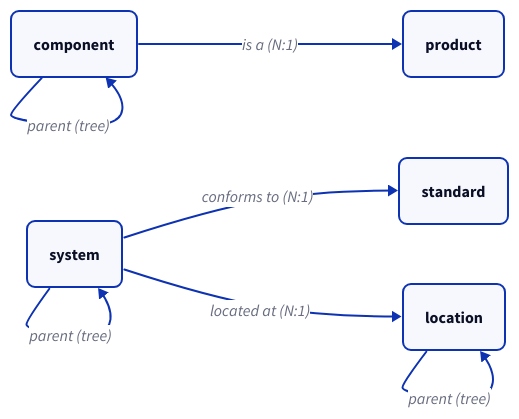
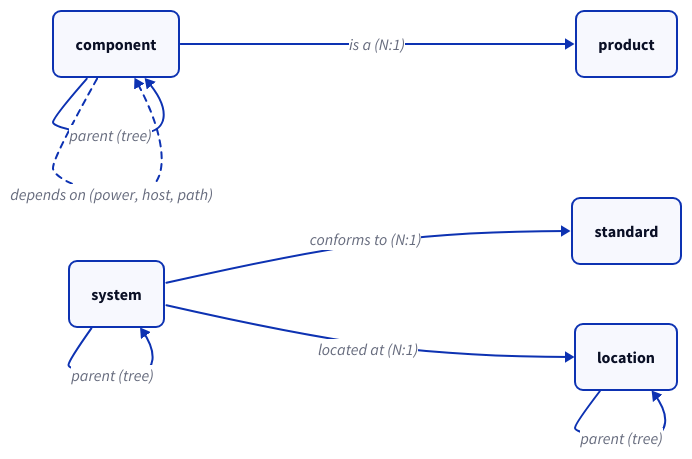
The second of 2 diagrams in docs/src/content/docs/architecture/core-entities.mdx (hyperscaleav/omniglass), drawn with D2 before and after one commit. The commit also changed other lines of this file and 7 other files, not shown here.

````diff
--- a/docs/src/content/docs/architecture/core-entities.mdx
+++ b/docs/src/content/docs/architecture/core-entities.mdx
@@ -561,15 +561,16 @@
 ```d2
 direction: right
 classes: { node: { style.border-radius: 8 }; key: { style: { border-radius: 8; bold: true } } }
 component: component { class: node }
 product: product { class: node }
 location: location { class: node }
 system: system { class: node }
 standard: standard { class: node }
 component -> product: is a (N:1)
 component -> component: parent (tree)
 system -> standard: conforms to (N:1)
 system -> location: located at (N:1)
 system -> system: parent (tree)
 location -> location: parent (tree)
+component -> component: depends on (power, host, path) {style.stroke-dash: 3}
 ```
````
